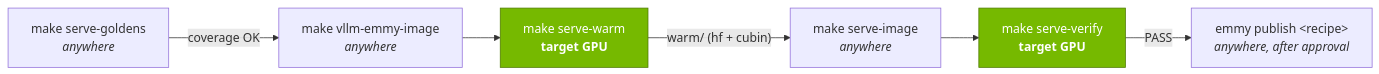
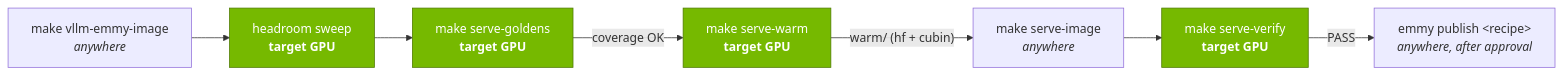
One commit to cloudrift-ai/server-benchmark changed the diagram in docker/vllm-emmy-serve/ARCHITECTURE.md. Above: the diagram before and after it, drawn with Mermaid. The commit also changed other lines of this file and 60 other files, not shown here.

````diff
--- a/docker/vllm-emmy-serve/ARCHITECTURE.md
+++ b/docker/vllm-emmy-serve/ARCHITECTURE.md
@@ -186,12 +186,13 @@
 ```mermaid
 flowchart LR
-    gold["make serve-goldens<br/><i>anywhere</i>"]
     base["make vllm-emmy-image<br/><i>anywhere</i>"]
+    headroom["headroom sweep<br/><b>target GPU</b>"]
+    gold["make serve-goldens<br/><b>target GPU</b>"]
     warm["make serve-warm<br/><b>target GPU</b>"]
     bake["make serve-image<br/><i>anywhere</i>"]
     verify["make serve-verify<br/><b>target GPU</b>"]
     publish["emmy publish &lt;recipe&gt;<br/><i>anywhere, after approval</i>"]
-    gold -- "coverage OK" --> base --> warm -- "warm/ (hf + cubin)" --> bake --> verify -- PASS --> publish
+    base --> headroom --> gold -- "coverage OK" --> warm -- "warm/ (hf + cubin)" --> bake --> verify -- PASS --> publish
     classDef gpu fill:#76b900,color:#fff,stroke:#4e7a00
-    class warm,verify gpu
+    class headroom,gold,warm,verify gpu
 ```
````
